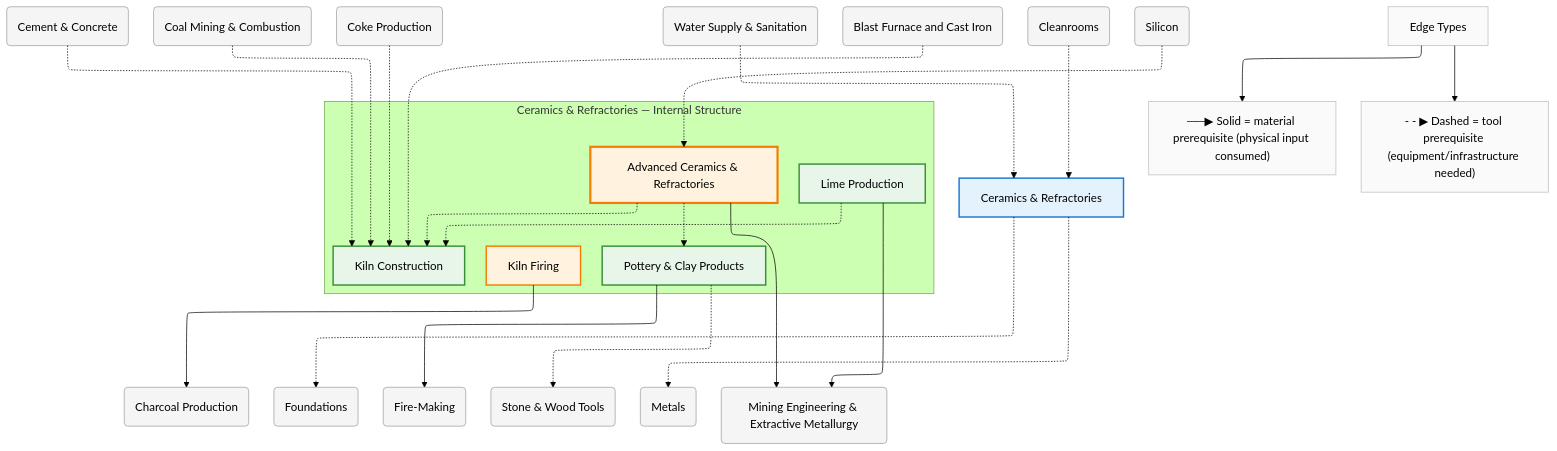
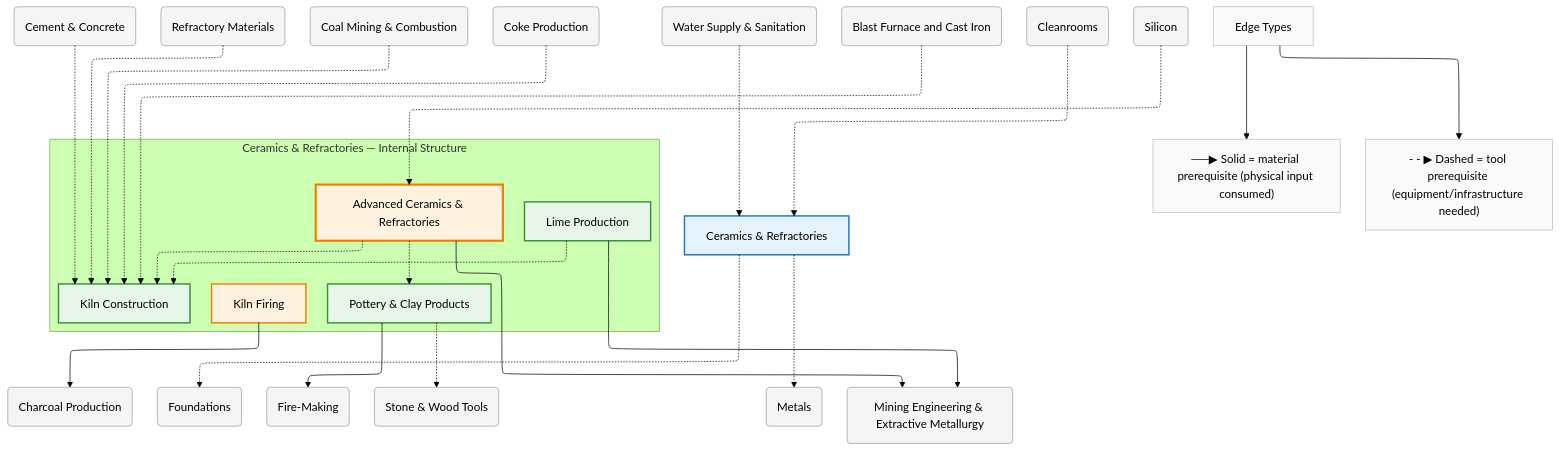
One commit to egofree/TechTree changed the diagram in diagrams/mermaid/ceramics.mmd. Above: the diagram before and after it, drawn with Mermaid (forest theme). The commit also changed 46 other files, not shown here.

```diff
--- a/diagrams/mermaid/ceramics.mmd
+++ b/diagrams/mermaid/ceramics.mmd
@@ -1,85 +1,88 @@
 %%{init: {"flowchart": {"defaultRenderer": "elk", "htmlLabels": true}}}%%
 graph TD
     %% Domain: Ceramics & Refractories
 
     %% ==================== INTERNAL NODES ====================
     subgraph ceramics_internal ["Ceramics & Refractories — Internal Structure"]
         direction TB
         ceramics_pottery["Pottery & Clay Products"]
         ceramics_pottery_kiln-firing["Kiln Firing"]
         ceramics_kilns["Kiln Construction"]
         ceramics_lime["Lime Production"]
         ceramics_advanced-ceramics["Advanced Ceramics & Refractories"]
     end
 
     %% ==================== DOMAIN NODE ====================
     ceramics["Ceramics & Refractories"]
 
     %% ==================== EXTERNAL DEPENDENCIES ====================
     chemistry_cement("Cement & Concrete")
+    chemistry_refractories("Refractory Materials")
     energy_fuels_charcoal("Charcoal Production")
     energy_fuels_coal("Coal Mining & Combustion")
     energy_fuels_coke("Coke Production")
     foundations("Foundations")
     foundations_fire("Fire-Making")
     foundations_tools-basic("Stone & Wood Tools")
     health_sanitation("Water Supply & Sanitation")
     metals("Metals")
     metals_iron-steel_blast-furnace("Blast Furnace and Cast Iron")
     mining("Mining Engineering & Extractive Metallurgy")
     photolithography_cleanrooms("Cleanrooms")
     silicon("Silicon")
 
     %% ==================== EDGES ====================
     ceramics_lime -.-> ceramics_kilns
     ceramics_advanced-ceramics -.-> ceramics_pottery
     ceramics_advanced-ceramics -.-> ceramics_kilns
     energy_fuels_coal -.-> ceramics_kilns
     energy_fuels_coke -.-> ceramics_kilns
     chemistry_cement -.-> ceramics_kilns
     photolithography_cleanrooms -.-> ceramics
     ceramics -.-> foundations
     ceramics -.-> metals
     ceramics_pottery_kiln-firing --> energy_fuels_charcoal
     ceramics_pottery --> foundations_fire
     ceramics_pottery -.-> foundations_tools-basic
     health_sanitation -.-> ceramics
     ceramics_lime --> mining
     ceramics_advanced-ceramics --> mining
     silicon -.-> ceramics_advanced-ceramics
     metals_iron-steel_blast-furnace -.-> ceramics_kilns
+    chemistry_refractories -.-> ceramics_kilns
 
     %% ==================== EDGE TYPE LEGEND ====================
     EdgeLegend["Edge Types"]
     EdgeLegend --> MatNote["──▶ Solid = material prerequisite (physical input consumed)"]
     EdgeLegend --> ToolNote["- - ▶ Dashed = tool prerequisite (equipment/infrastructure needed)"]
 
     %% ==================== STYLING ====================
     classDef domain fill:#e3f2fd,stroke:#1976d2,stroke-width:2px
     classDef capability fill:#e8f5e9,stroke:#388e3c,stroke-width:2px
     classDef process fill:#fff3e0,stroke:#f57c00,stroke-width:2px
     classDef critical fill:#fff3e0,stroke:#f57c00,stroke-width:3px
     classDef earlyWin fill:#e8f5e9,stroke:#388e3c,stroke-width:3px
     classDef pinnacle fill:#fce4ec,stroke:#c62828,stroke-width:3px
     classDef external fill:#f5f5f5,stroke:#9e9e9e,stroke-width:1px
     classDef legend fill:#fafafa,stroke:#bdbdbd,stroke-width:1px
     class ceramics domain
     class ceramics_pottery capability
     class ceramics_pottery_kiln-firing process
     class ceramics_kilns capability
     class ceramics_lime capability
     class ceramics_advanced-ceramics critical
     class chemistry_cement external
+    class chemistry_refractories external
     class energy_fuels_charcoal external
     class energy_fuels_coal external
     class energy_fuels_coke external
     class foundations external
     class foundations_fire external
     class foundations_tools-basic external
     class health_sanitation external
     class metals external
     class metals_iron-steel_blast-furnace external
     class mining external
     class photolithography_cleanrooms external
     class silicon external
     class EdgeLegend,MatNote,ToolNote legend
```
